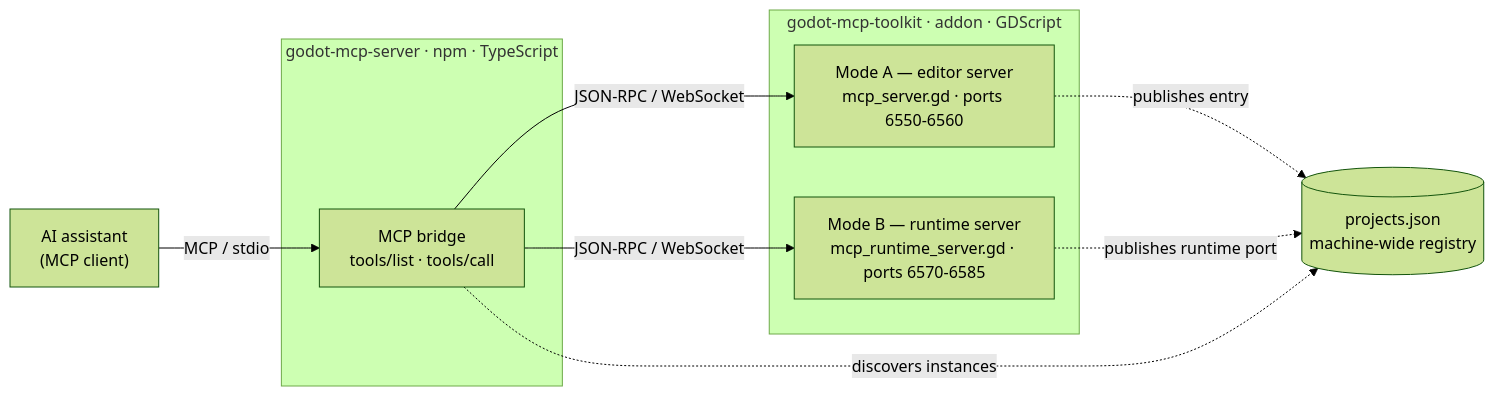
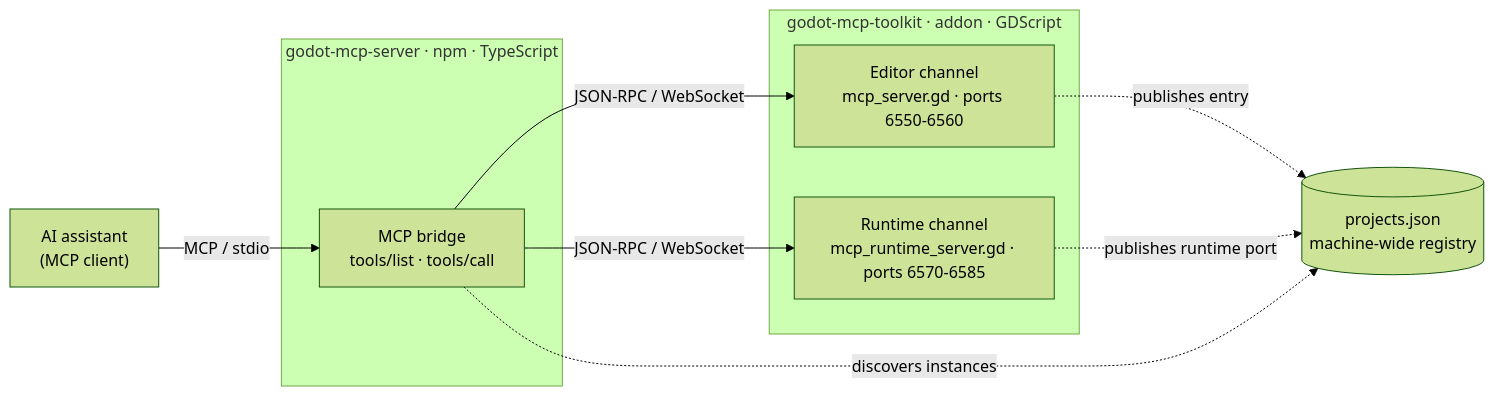
One commit to NPGameDev/godot-mcp-toolkit changed the first of 13 diagrams in docs/architecture/README.md. Above: the diagram before and after it, drawn with Mermaid (forest theme). The commit also changed other lines of this file and 8 other files, not shown here.

````diff
--- a/docs/architecture/README.md
+++ b/docs/architecture/README.md
@@ -84,18 +85,18 @@
 ```mermaid
 flowchart LR
     AI["AI assistant<br/>(MCP client)"]
     subgraph server["godot-mcp-server · npm · TypeScript"]
       Bridge["MCP bridge<br/>tools/list · tools/call"]
     end
     subgraph toolkit["godot-mcp-toolkit · addon · GDScript"]
-      ModeA["Mode A — editor server<br/>mcp_server.gd · ports 6550-6560"]
-      ModeB["Mode B — runtime server<br/>mcp_runtime_server.gd · ports 6570-6585"]
+      ModeA["Editor channel<br/>mcp_server.gd · ports 6550-6560"]
+      ModeB["Runtime channel<br/>mcp_runtime_server.gd · ports 6570-6585"]
     end
     Registry[("projects.json<br/>machine-wide registry")]
     AI -->|"MCP / stdio"| Bridge
     Bridge -->|"JSON-RPC / WebSocket"| ModeA
     Bridge -->|"JSON-RPC / WebSocket"| ModeB
     ModeA -.->|"publishes entry"| Registry
     ModeB -.->|"publishes runtime port"| Registry
     Bridge -.->|"discovers instances"| Registry
 ```
````
